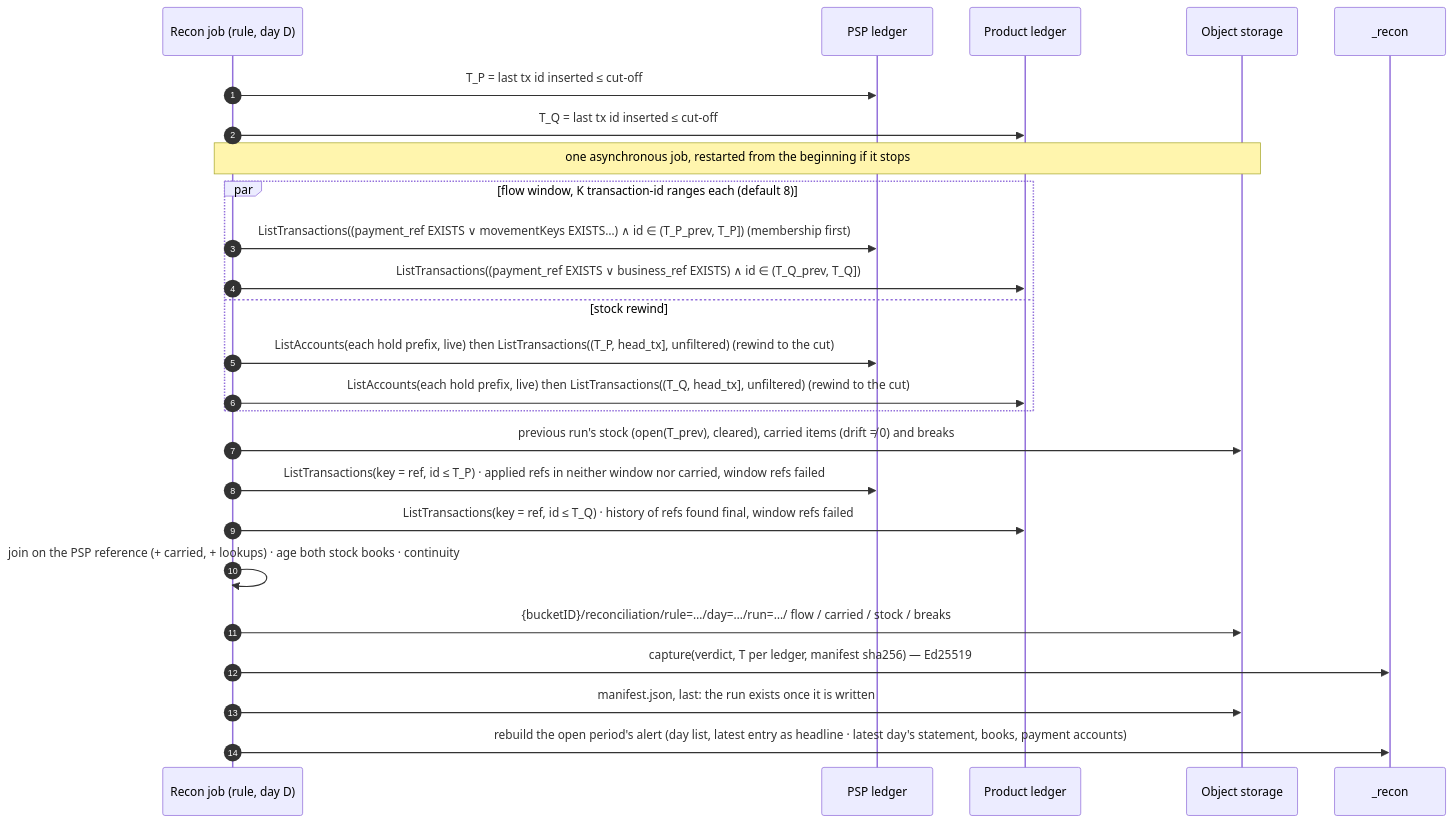
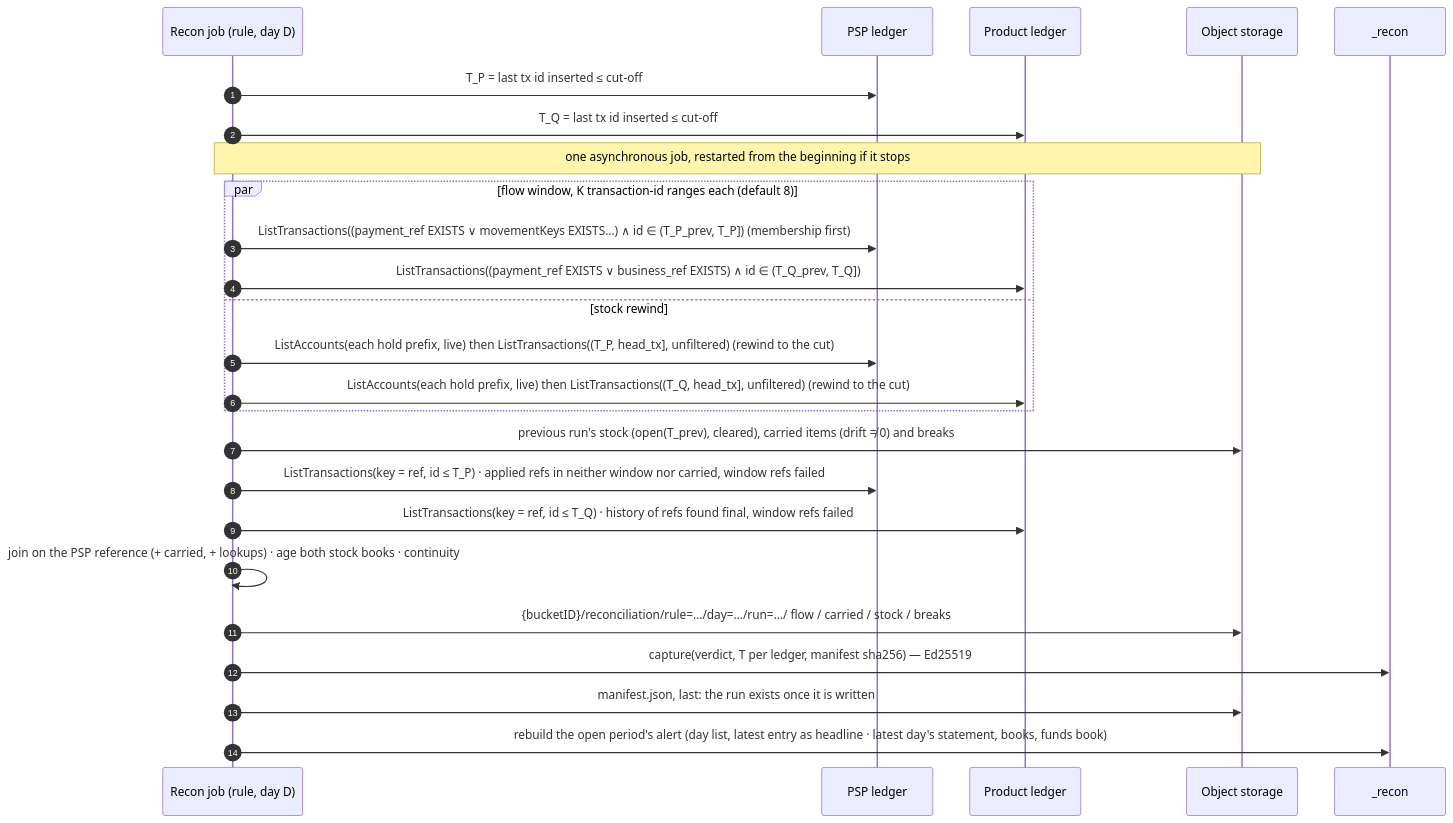
Before and after one commit to formancehq/reconciliation: the second of 2 diagrams in docs/technical/transaction-level-reconciliation.md, drawn with Mermaid. The commit also changed other lines of this file and 6 other files, not shown here.

````diff
--- a/docs/technical/transaction-level-reconciliation.md
+++ b/docs/technical/transaction-level-reconciliation.md
@@ -300,28 +307,28 @@
 ```mermaid
 sequenceDiagram
     autonumber
     participant J as Recon job (rule, day D)
     participant P as PSP ledger
     participant Q as Product ledger
     participant O as Object storage
     participant C as _recon
 
     J->>P: T_P = last tx id inserted ≤ cut-off
     J->>Q: T_Q = last tx id inserted ≤ cut-off
     Note over J,O: one asynchronous job, restarted from the beginning if it stops
     par flow window, K transaction-id ranges each (default 8)
         J->>P: ListTransactions((payment_ref EXISTS ∨ movementKeys EXISTS…) ∧ id ∈ (T_P_prev, T_P])  (membership first)
         J->>Q: ListTransactions((payment_ref EXISTS ∨ business_ref EXISTS) ∧ id ∈ (T_Q_prev, T_Q])
     and stock rewind
         J->>P: ListAccounts(each hold prefix, live) then ListTransactions((T_P, head_tx], unfiltered) (rewind to the cut)
         J->>Q: ListAccounts(each hold prefix, live) then ListTransactions((T_Q, head_tx], unfiltered) (rewind to the cut)
     end
     J->>O: previous run's stock (open(T_prev), cleared), carried items (drift ≠ 0) and breaks
     J->>P: ListTransactions(key = ref, id ≤ T_P) · applied refs in neither window nor carried, window refs failed
     J->>Q: ListTransactions(key = ref, id ≤ T_Q) · history of refs found final, window refs failed
     J->>J: join on the PSP reference (+ carried, + lookups) · age both stock books · continuity
     J->>O: {bucketID}/reconciliation/rule=…/day=…/run=…/ flow / carried / stock / breaks
     J->>C: capture(verdict, T per ledger, manifest sha256) — Ed25519
     J->>O: manifest.json, last: the run exists once it is written
-    J->>C: rebuild the open period's alert (day list, latest entry as headline · latest day's statement, books, payment accounts)
+    J->>C: rebuild the open period's alert (day list, latest entry as headline · latest day's statement, books, funds book)
 ```
````
